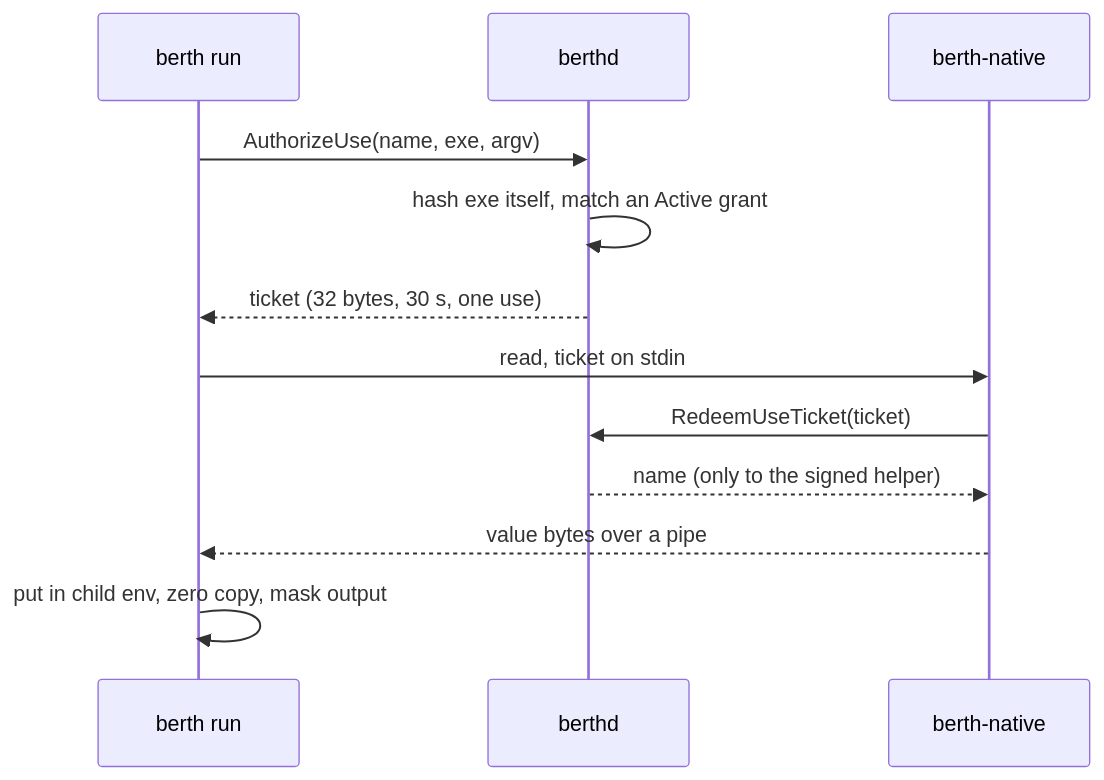
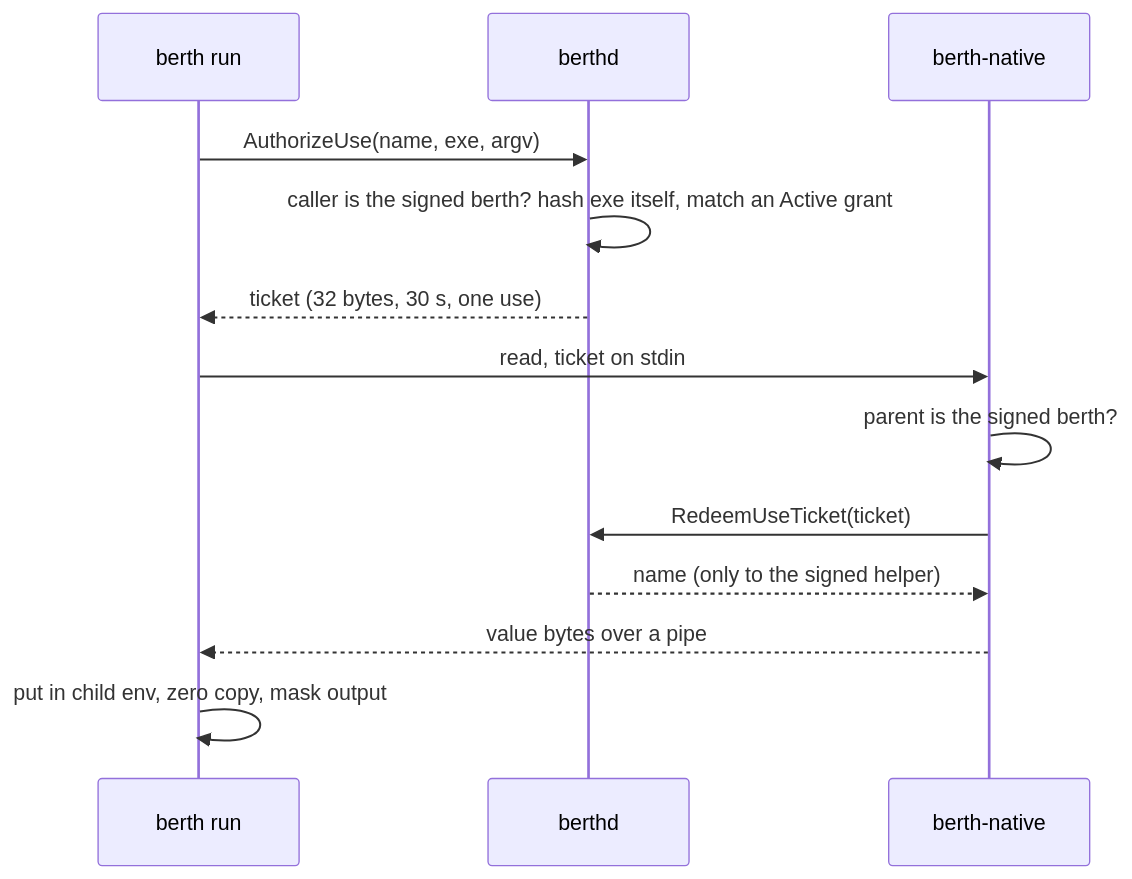
The sixth of 6 diagrams in ARCHITECTURE.md (WesleyBLDC/berth), drawn with Mermaid before and after one commit. The commit also changed other lines of this file and 38 other files, not shown here.

Commit message:
Give use tickets only to the signed berth CLI by live cdhash, refuse interpreter grants without a flag, keep use data inside the entity's turn, and end open store prompts on stop and boot

````diff
--- a/ARCHITECTURE.md
+++ b/ARCHITECTURE.md
@@ -263,14 +263,15 @@
 ```mermaid
 sequenceDiagram
   participant R as berth run
   participant D as berthd
   participant N as berth-native
   R->>D: AuthorizeUse(name, exe, argv)
-  D->>D: hash exe itself, match an Active grant
+  D->>D: caller is the signed berth? hash exe itself, match an Active grant
   D-->>R: ticket (32 bytes, 30 s, one use)
   R->>N: read, ticket on stdin
+  N->>N: parent is the signed berth?
   N->>D: RedeemUseTicket(ticket)
   D-->>N: name (only to the signed helper)
   N-->>R: value bytes over a pipe
   R->>R: put in child env, zero copy, mask output
 ```
````
